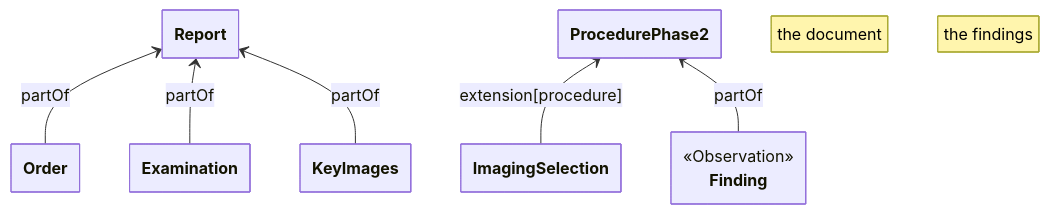
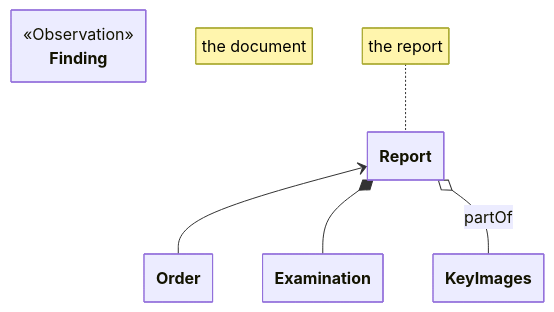
The first of 6 diagrams in input/pagecontent/design-consideration-procedure-phases.md (chgessner/chg-hl7-eu-imaging), drawn with Mermaid before and after one commit.

````diff
--- a/input/pagecontent/design-consideration-procedure-phases.md
+++ b/input/pagecontent/design-consideration-procedure-phases.md
@@ -6,19 +6,18 @@
 ```mermaid
 ---
   config:
     class:
       hideEmptyMembersBox: true
 ---
 classDiagram
   direction DT
   note "the document"
+  note for Report "the report"
 
   class Finding { <<Observation>>}
-  note "the findings"
-  Report <-- Order: partOf
-  Report <-- Examination: partOf
-  Report <-- Key Images: partOf
+  Report <-- Order
+  Report *-- Examination
+  Report o-- Key Images: partOf
   
-  ProcedurePhase2 <-- ImagingSelection: extension[procedure]
-  ProcedurePhase2 <-- Finding: partOf
+  
 ```
````
